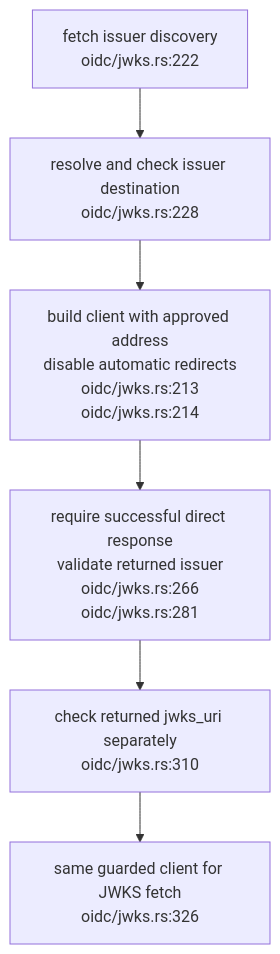
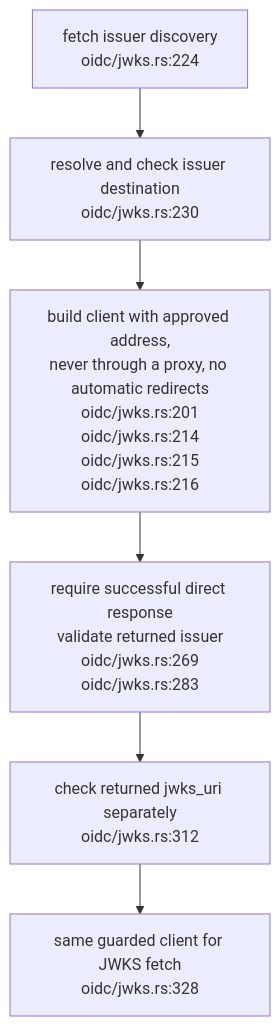
Before and after one commit to DreamLab-AI/VisionFlow: the first of 2 diagrams in docs/diagrams/solid-pod-rs/12-oidc-admission-and-fetching.md, drawn with Mermaid. The commit also changed other lines of this file and 2 other files, not shown here.

First line of the commit message:
docs(diagrams): SP-05, SP-11, SP-12 re-verified at solid-pod-rs a28a748

````diff
--- a/docs/diagrams/solid-pod-rs/12-oidc-admission-and-fetching.md
+++ b/docs/diagrams/solid-pod-rs/12-oidc-admission-and-fetching.md
@@ -25,10 +25,10 @@
 ```mermaid
 flowchart TD
-    ISS["fetch issuer discovery<br/>oidc/jwks.rs:222"]
-    CHECK["resolve and check issuer destination<br/>oidc/jwks.rs:228"]
-    CLIENT["build client with approved address<br/>disable automatic redirects<br/>oidc/jwks.rs:213<br/>oidc/jwks.rs:214"]
-    DOC["require successful direct response<br/>validate returned issuer<br/>oidc/jwks.rs:266<br/>oidc/jwks.rs:281"]
-    KEYS["check returned jwks_uri separately<br/>oidc/jwks.rs:310"]
-    DIRECT["same guarded client for JWKS fetch<br/>oidc/jwks.rs:326"]
+    ISS["fetch issuer discovery<br/>oidc/jwks.rs:224"]
+    CHECK["resolve and check issuer destination<br/>oidc/jwks.rs:230"]
+    CLIENT["build client with approved address,<br/>never through a proxy, no automatic redirects<br/>oidc/jwks.rs:201<br/>oidc/jwks.rs:214<br/>oidc/jwks.rs:215<br/>oidc/jwks.rs:216"]
+    DOC["require successful direct response<br/>validate returned issuer<br/>oidc/jwks.rs:269<br/>oidc/jwks.rs:283"]
+    KEYS["check returned jwks_uri separately<br/>oidc/jwks.rs:312"]
+    DIRECT["same guarded client for JWKS fetch<br/>oidc/jwks.rs:328"]
     ISS --> CHECK --> CLIENT --> DOC --> KEYS --> DIRECT
 ```
````
